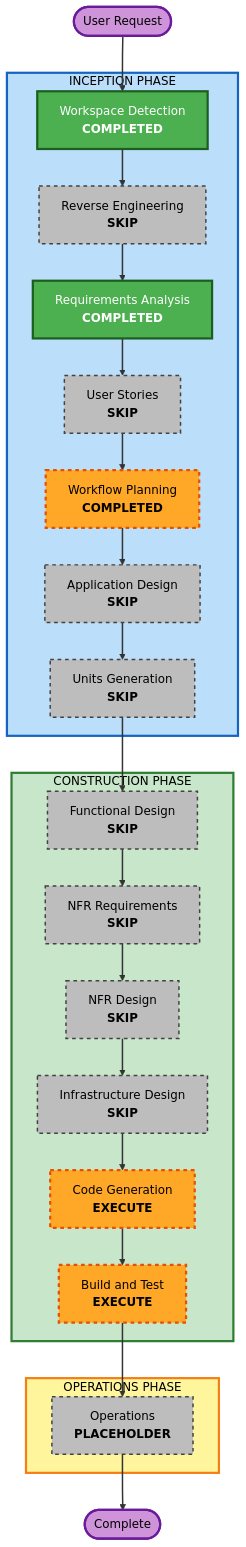
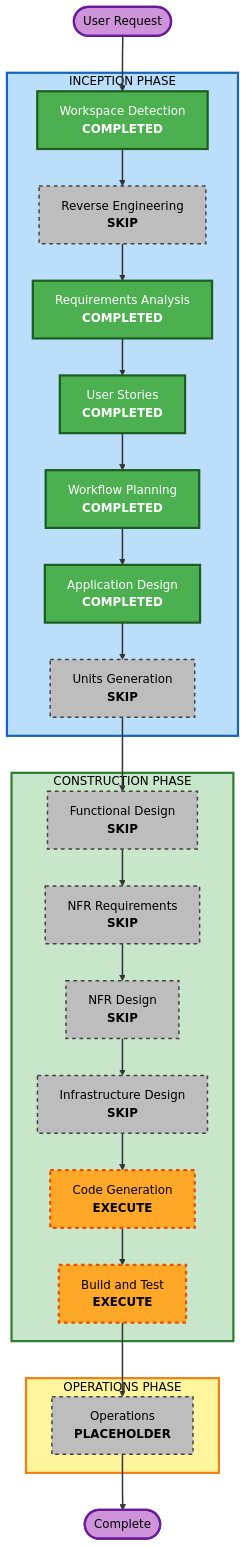
Before and after one commit to ririumu/CueLint: the diagram in aidlc-docs/inception/plans/execution-plan.md, drawn with Mermaid. The commit also changed other lines of this file and 13 other files, not shown here.

````diff
--- a/aidlc-docs/inception/plans/execution-plan.md
+++ b/aidlc-docs/inception/plans/execution-plan.md
@@ -27,64 +27,64 @@
 ```mermaid
 flowchart TD
     Start(["User Request"])
 
     subgraph INCEPTION["INCEPTION PHASE"]
         WD["Workspace Detection<br/><b>COMPLETED</b>"]
         RE["Reverse Engineering<br/><b>SKIP</b>"]
         RA["Requirements Analysis<br/><b>COMPLETED</b>"]
-        US["User Stories<br/><b>SKIP</b>"]
+        US["User Stories<br/><b>COMPLETED</b>"]
         WP["Workflow Planning<br/><b>COMPLETED</b>"]
-        AD["Application Design<br/><b>SKIP</b>"]
+        AD["Application Design<br/><b>COMPLETED</b>"]
         UG["Units Generation<br/><b>SKIP</b>"]
     end
 
     subgraph CONSTRUCTION["CONSTRUCTION PHASE"]
         FD["Functional Design<br/><b>SKIP</b>"]
         NFRA["NFR Requirements<br/><b>SKIP</b>"]
         NFRD["NFR Design<br/><b>SKIP</b>"]
         ID["Infrastructure Design<br/><b>SKIP</b>"]
         CG["Code Generation<br/><b>EXECUTE</b>"]
         BT["Build and Test<br/><b>EXECUTE</b>"]
     end
 
     subgraph OPERATIONS["OPERATIONS PHASE"]
         OPS["Operations<br/><b>PLACEHOLDER</b>"]
     end
 
     Start --> WD
     WD --> RE
     RE --> RA
     RA --> US
     US --> WP
     WP --> AD
     AD --> UG
     UG --> FD
     FD --> NFRA
     NFRA --> NFRD
     NFRD --> ID
     ID --> CG
     CG --> BT
     BT --> OPS
     OPS --> End(["Complete"])
 
     style WD fill:#4CAF50,stroke:#1B5E20,stroke-width:3px,color:#fff
     style RA fill:#4CAF50,stroke:#1B5E20,stroke-width:3px,color:#fff
-    style WP fill:#FFA726,stroke:#E65100,stroke-width:3px,stroke-dasharray: 5 5,color:#000
+    style WP fill:#4CAF50,stroke:#1B5E20,stroke-width:3px,color:#fff
     style CG fill:#FFA726,stroke:#E65100,stroke-width:3px,stroke-dasharray: 5 5,color:#000
     style BT fill:#FFA726,stroke:#E65100,stroke-width:3px,stroke-dasharray: 5 5,color:#000
     style RE fill:#BDBDBD,stroke:#424242,stroke-width:2px,stroke-dasharray: 5 5,color:#000
-    style US fill:#BDBDBD,stroke:#424242,stroke-width:2px,stroke-dasharray: 5 5,color:#000
-    style AD fill:#BDBDBD,stroke:#424242,stroke-width:2px,stroke-dasharray: 5 5,color:#000
+    style US fill:#4CAF50,stroke:#1B5E20,stroke-width:3px,color:#fff
+    style AD fill:#4CAF50,stroke:#1B5E20,stroke-width:3px,color:#fff
     style UG fill:#BDBDBD,stroke:#424242,stroke-width:2px,stroke-dasharray: 5 5,color:#000
     style FD fill:#BDBDBD,stroke:#424242,stroke-width:2px,stroke-dasharray: 5 5,color:#000
     style NFRA fill:#BDBDBD,stroke:#424242,stroke-width:2px,stroke-dasharray: 5 5,color:#000
     style NFRD fill:#BDBDBD,stroke:#424242,stroke-width:2px,stroke-dasharray: 5 5,color:#000
     style ID fill:#BDBDBD,stroke:#424242,stroke-width:2px,stroke-dasharray: 5 5,color:#000
     style OPS fill:#BDBDBD,stroke:#424242,stroke-width:2px,stroke-dasharray: 5 5,color:#000
     style Start fill:#CE93D8,stroke:#6A1B9A,stroke-width:3px,color:#000
     style End fill:#CE93D8,stroke:#6A1B9A,stroke-width:3px,color:#000
     style INCEPTION fill:#BBDEFB,stroke:#1565C0,stroke-width:3px,color:#000
     style CONSTRUCTION fill:#C8E6C9,stroke:#2E7D32,stroke-width:3px,color:#000
     style OPERATIONS fill:#FFF59D,stroke:#F57F17,stroke-width:3px,color:#000
     linkStyle default stroke:#333,stroke-width:2px
 ```
````
